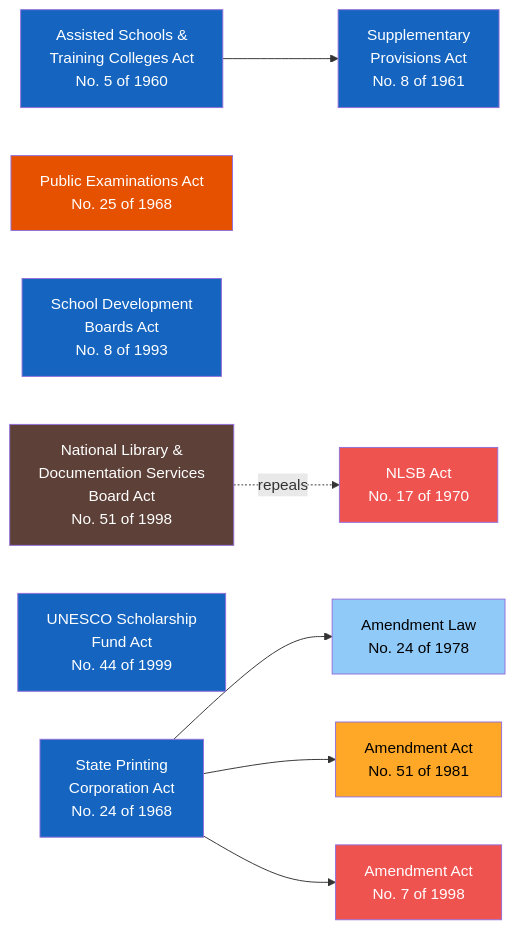
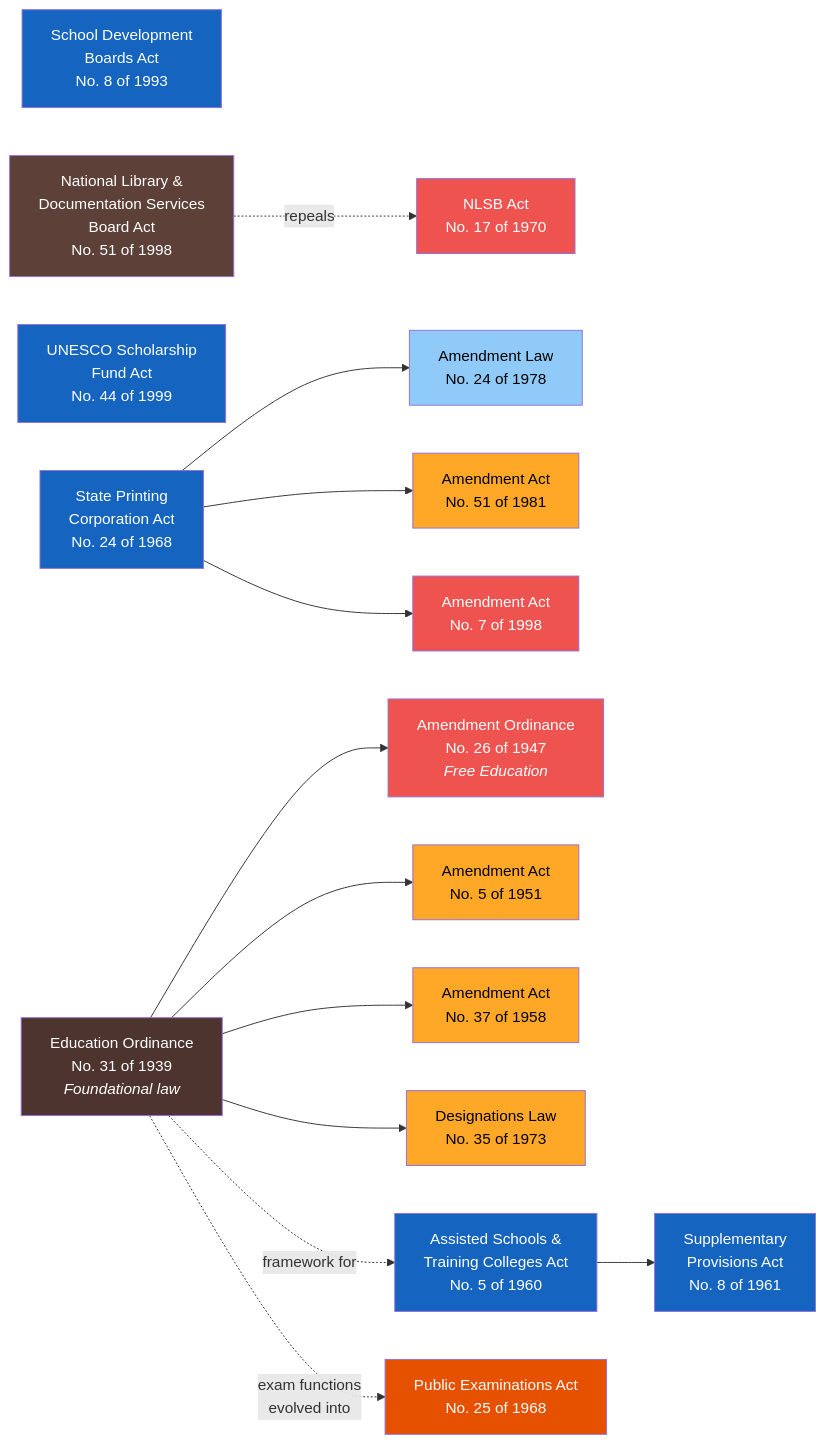
Before and after one commit to LDFLK/research: the diagram in docs/docs/ministry-deep-dive/education/act-lineage/index.md, drawn with Mermaid. The commit also changed other lines of this file and 10 other files, not shown here.

First line of the commit message:
feat: add Education Ordinance (1939) deep dive (Education Ministry)

````diff
--- a/docs/docs/ministry-deep-dive/education/act-lineage/index.md
+++ b/docs/docs/ministry-deep-dive/education/act-lineage/index.md
@@ -12,34 +12,46 @@
 ```mermaid
 flowchart LR
     ASA["Assisted Schools &<br/>Training Colleges Act<br/>No. 5 of 1960"] --> SUP["Supplementary<br/>Provisions Act<br/>No. 8 of 1961"]
     PEA["Public Examinations Act<br/>No. 25 of 1968"]
     SDB["School Development<br/>Boards Act<br/>No. 8 of 1993"]
     NLA["National Library &<br/>Documentation Services<br/>Board Act<br/>No. 51 of 1998"] -.->|"repeals"| OLD["NLSB Act<br/>No. 17 of 1970"]
     USF["UNESCO Scholarship<br/>Fund Act<br/>No. 44 of 1999"]
     SPC["State Printing<br/>Corporation Act<br/>No. 24 of 1968"] --> SPC78["Amendment Law<br/>No. 24 of 1978"]
     SPC --> SPC81["Amendment Act<br/>No. 51 of 1981"]
     SPC --> SPC98["Amendment Act<br/>No. 7 of 1998"]
+    EDO["Education Ordinance<br/>No. 31 of 1939<br/><i>Foundational law</i>"] --> EDO47["Amendment Ordinance<br/>No. 26 of 1947<br/><i>Free Education</i>"]
+    EDO --> EDO51["Amendment Act<br/>No. 5 of 1951"]
+    EDO --> EDO58["Amendment Act<br/>No. 37 of 1958"]
+    EDO --> EDO73["Designations Law<br/>No. 35 of 1973"]
+    EDO -.->|"framework for"| ASA
+    EDO -.->|"exam functions<br/>evolved into"| PEA
 
     click ASA "https://www.lawnet.gov.lk/wp-content/uploads/Law%20Site/4-stats_1956_2006/set1/1960Y0V0C5A.html" "View Act (LawNet)" _blank
     click SUP "https://www.lawnet.gov.lk/wp-content/uploads/Law%20Site/4-stats_1956_2006/set1/1961Y0V0C8A.html" "View Act (LawNet)" _blank
     click PEA "https://www.srilankalaw.lk/revised-statutes/volume-vi/965-public-examinations-act.html" "View Act (srilankalaw.lk)" _blank
     click SDB "http://www.commonlii.org/lk/legis/num_act/sdba8o1993306/" "View Act (CommonLII)" _blank
     click USF "https://www.lawnet.gov.lk/wp-content/uploads/cons_stat_up2_2006/1999Y0V0C44A.html" "View Act (LawNet)" _blank
     click NLA "http://www.natlib.lk/pdf/51of1998E.pdf" "View Act (natlib.lk)" _blank
     click SPC "https://www.lawnet.gov.lk/wp-content/uploads/Law%20Site/4-stats_1956_2006/set1/1968Y0V0C24A.html" "View Act (LawNet)" _blank
     click SPC78 "https://www.commonlii.org/lk/legis/num_act/spcl24o1978451/" "View Amendment (CommonLII)" _blank
     click SPC81 "https://lawnet.gov.lk/wp-content/uploads/Law%20Site/4-stats_1956_2006/set3/1981Y0V0C51A.html" "View Amendment (LawNet)" _blank
     click SPC98 "https://lawnet.gov.lk/wp-content/uploads/Law%20Site/4-stats_1956_2006/set5/1998Y0V0C7A.html" "View Amendment (LawNet)" _blank
+    click EDO "https://www.srilankalaw.lk/e/326-education-ordinance.html" "View Ordinance (srilankalaw.lk)" _blank
 
     style ASA fill:#1565C0,color:#fff
     style SUP fill:#1565C0,color:#fff
     style PEA fill:#E65100,color:#fff
     style SDB fill:#1565C0,color:#fff
     style USF fill:#1565C0,color:#fff
     style NLA fill:#5D4037,color:#fff
     style OLD fill:#EF5350,color:#fff
     style SPC fill:#1565C0,color:#fff
     style SPC78 fill:#90CAF9,color:#000
     style SPC81 fill:#FFA726,color:#000
     style SPC98 fill:#EF5350,color:#fff
+    style EDO fill:#4E342E,color:#fff
+    style EDO47 fill:#EF5350,color:#fff
+    style EDO51 fill:#FFA726,color:#000
+    style EDO58 fill:#FFA726,color:#000
+    style EDO73 fill:#FFA726,color:#000
 ```
````
